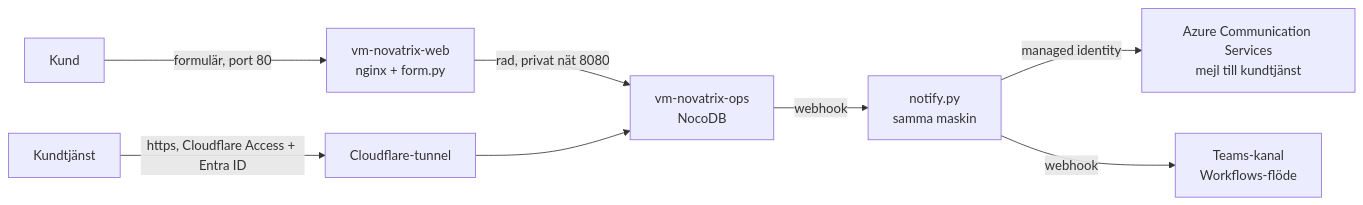
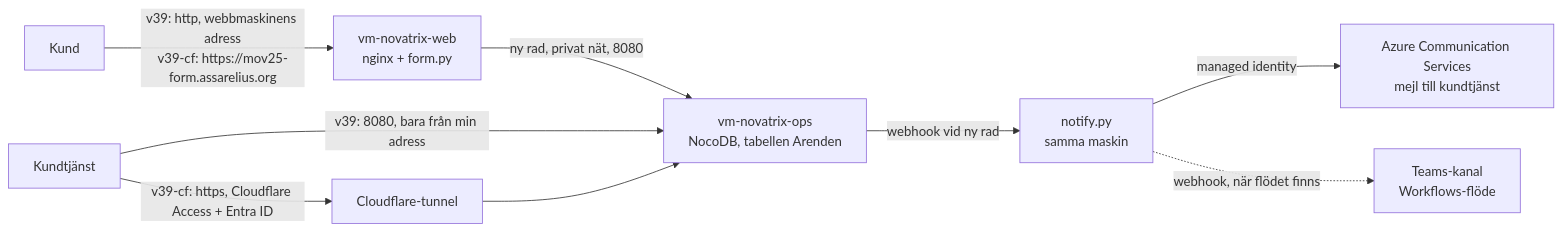
The diagram in v39/README.md (82danass/azure), drawn with Mermaid before and after one commit. The commit also changed other lines of this file and 1 other file, not shown here.

Commit message:
v39: the README is the week's chain and nothing else; both environments in the chain, no persona, no teacher, no hostname or TLS digressions, no history of mov; the root README ticks what the week ticks

````diff
--- a/v39/README.md
+++ b/v39/README.md
@@ -23,9 +23,10 @@
 ```mermaid
 flowchart LR
-    K[Kund] -->|formulär, port 80| W[vm-novatrix-web<br/>nginx + form.py]
-    W -->|rad, privat nät 8080| R[vm-novatrix-ops<br/>NocoDB]
-    R -->|webhook| N[notify.py<br/>samma maskin]
-    N -->|managed identity| M[Azure Communication Services<br/>mejl till kundtjänst]
-    N -->|webhook| T[Teams-kanal<br/>Workflows-flöde]
-    S[Kundtjänst] -->|https, Cloudflare Access + Entra ID| CF[Cloudflare-tunnel] --> R
+    K[Kund] -->|"v39: http, webbmaskinens adress<br/>v39-cf: https://mov25-form.assarelius.org"| W[vm-novatrix-web<br/>nginx + form.py]
+    W -->|"ny rad, privat nät, 8080"| R[vm-novatrix-ops<br/>NocoDB, tabellen Arenden]
+    R -->|"webhook vid ny rad"| N[notify.py<br/>samma maskin]
+    N -->|"managed identity"| M[Azure Communication Services<br/>mejl till kundtjänst]
+    N -.->|"webhook, när flödet finns"| T[Teams-kanal<br/>Workflows-flöde]
+    S[Kundtjänst] -->|"v39: 8080, bara från min adress"| R
+    S -->|"v39-cf: https, Cloudflare Access + Entra ID"| CF[Cloudflare-tunnel] --> R
 ```
````
